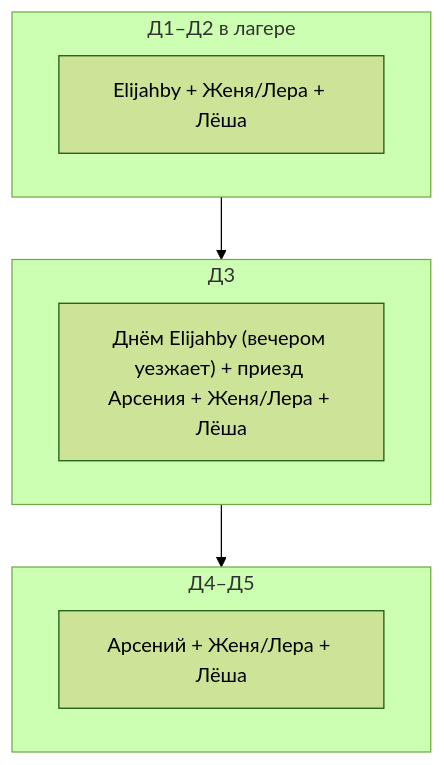
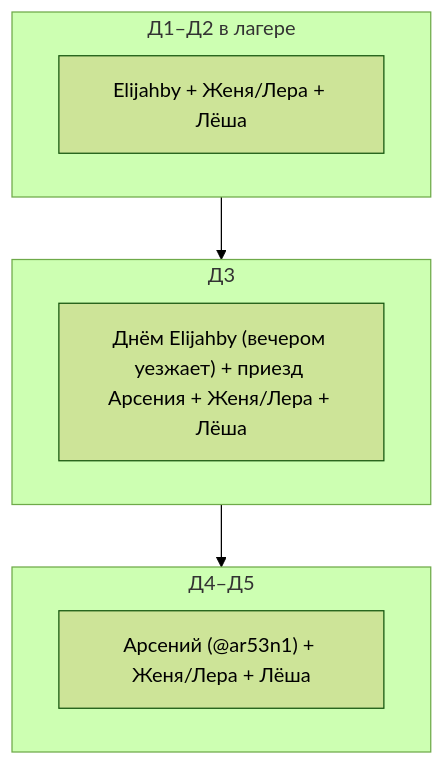
Before and after one commit to beetzung/tour_de_bory_2026: the diagram in logistics.md, drawn with Mermaid (forest theme). The commit also changed other lines of this file and 7 other files, not shown here.

````diff
--- a/logistics.md
+++ b/logistics.md
@@ -34,13 +34,13 @@
 ```mermaid
 flowchart TB
     subgraph d12["Д1–Д2 в лагере"]
         t1["Elijahby + Женя/Лера + Лёша"]
     end
     subgraph d3["Д3"]
         t2["Днём Elijahby (вечером уезжает) + приезд Арсения + Женя/Лера + Лёша"]
     end
     subgraph d45["Д4–Д5"]
-        t3["Арсений + Женя/Лера + Лёша"]
+        t3["Арсений (@ar53n1) + Женя/Лера + Лёша"]
     end
     d12 --> d3 --> d45
 ```
````
